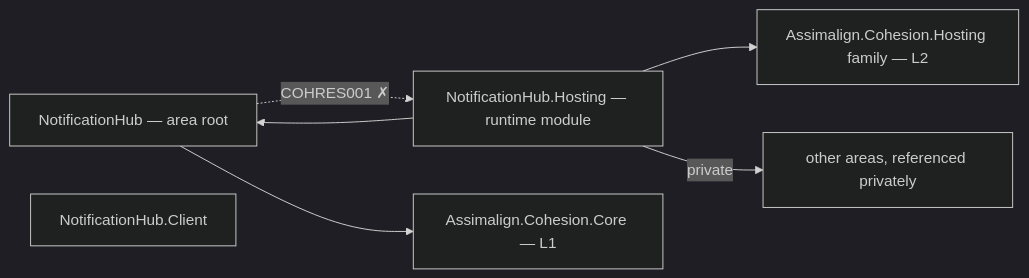
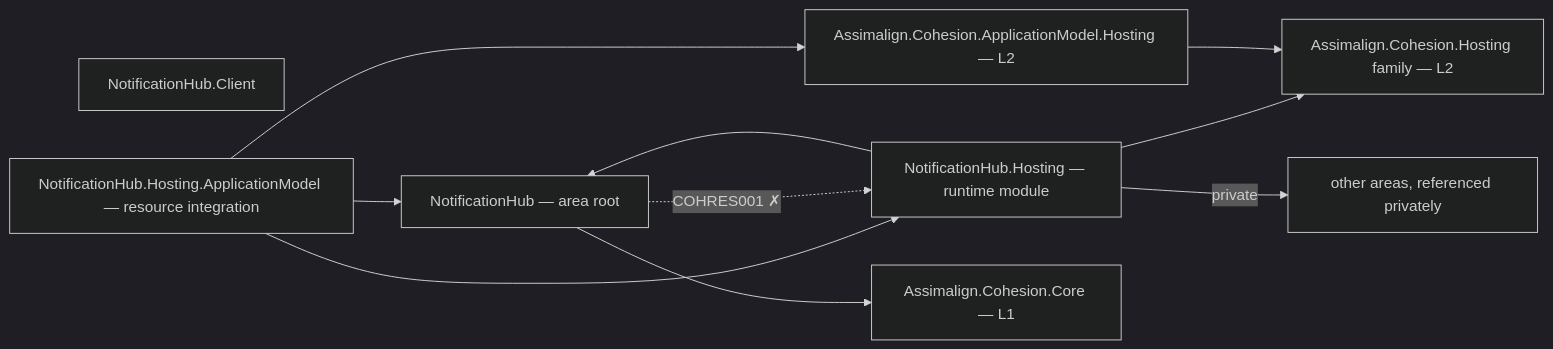
The diagram in resources/NotificationHub/README.md (assimalign/cohesion), drawn with Mermaid (dark theme) before and after one commit. The commit also changed other lines of this file and 454 other files, not shown here.

First line of the commit message:
feat(resources): give every resource area a Hosting.ApplicationModel integration

````diff
--- a/resources/NotificationHub/README.md
+++ b/resources/NotificationHub/README.md
@@ -12,14 +12,20 @@
 ```mermaid
 flowchart LR
     P0["NotificationHub — area root"]
     P2["NotificationHub.Client"]
     P3["NotificationHub.Hosting — runtime module"]
+    PAM["NotificationHub.Hosting.ApplicationModel — resource integration"]
+    AMH["Assimalign.Cohesion.ApplicationModel.Hosting — L2"]
     CORE["Assimalign.Cohesion.Core — L1"]
     HOSTFAM["Assimalign.Cohesion.Hosting family — L2"]
     PRIV["other areas, referenced privately"]
     P0 --> CORE
     P3 --> HOSTFAM
     P3 --> P0
     P3 -->|"private"| PRIV
+    PAM --> P3
+    PAM --> P0
+    PAM --> AMH
+    AMH --> HOSTFAM
     P0 -.->|"COHRES001 ✗"| P3
 ```
````
